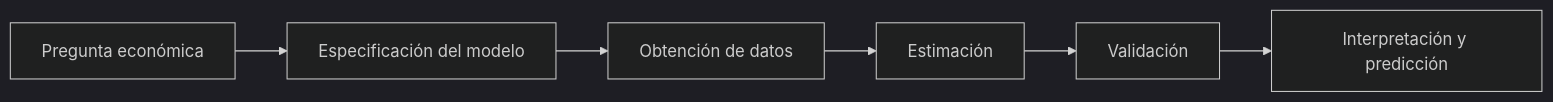
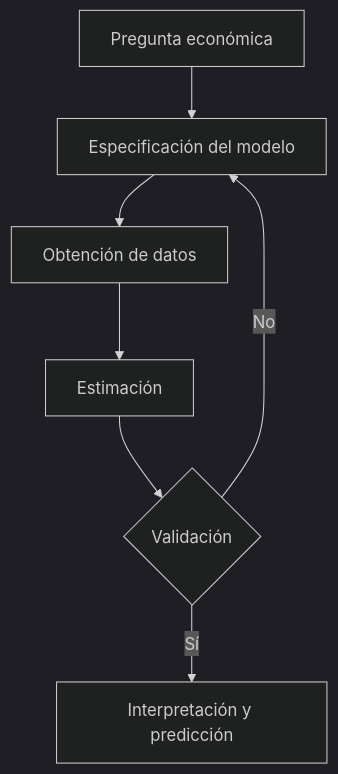
Before and after one commit to cbgarciaugr/EconometriaBasica: the diagram in chapters/01-tema1.qmd, drawn with Mermaid (dark theme). The commit also changed other lines of this file, not shown here.

First line of the commit message:
Enhance econometric model explanations and flowchart

````diff
--- a/chapters/01-tema1.qmd
+++ b/chapters/01-tema1.qmd
@@ -116,11 +116,12 @@
 ```{mermaid}
 %%| label: fig-metodo
 %%| fig-cap: "Fases del método econométrico"
 %%| fig-width: 6
-flowchart LR
-1[Pregunta económica] --> 2[Especificación del modelo]
-2 --> 3[Obtención de datos]
-3 --> 4[Estimación]
-4 --> 5[Validación]
-5 --> 6[Interpretación y predicción]
+flowchart TD
+    1[Pregunta económica] --> 2[Especificación del modelo]
+    2 --> 3[Obtención de datos]
+    3 --> 4[Estimación]
+    4 --> 5{Validación}
+    5 -->|Sí| 6[Interpretación y predicción]
+    5 -->|No| 2
 ```
````
